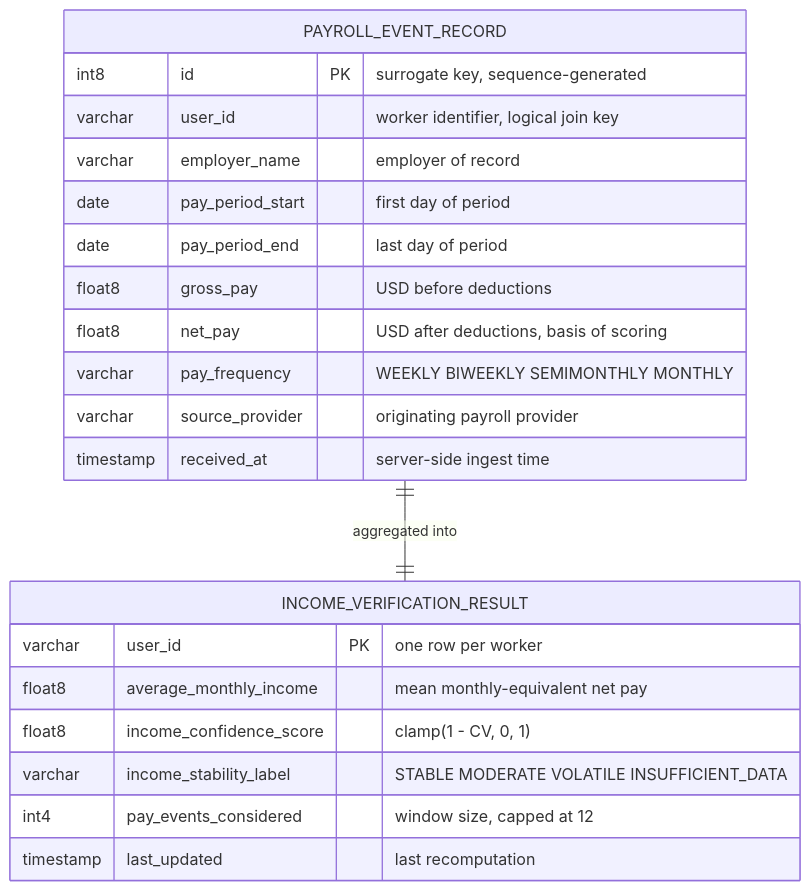
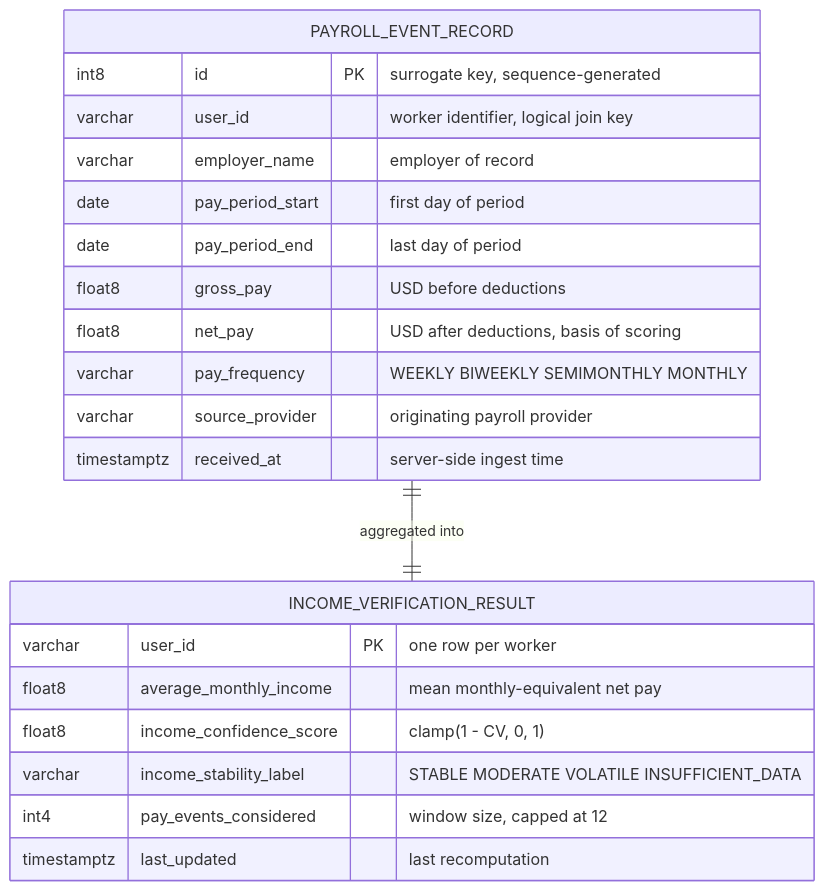
The first of 4 diagrams in docs/data-model/README.md (claytonmota/payroll-credit-mvp), drawn with Mermaid before and after one commit. The commit also changed other lines of this file and 7 other files, not shown here.

First line of the commit message:
docs(data-model): verify against live schema, correct PostgreSQL and MongoDB

````diff
--- a/docs/data-model/README.md
+++ b/docs/data-model/README.md
@@ -57,26 +57,26 @@
 ```mermaid
 erDiagram
     PAYROLL_EVENT_RECORD {
         int8 id PK "surrogate key, sequence-generated"
         varchar user_id "worker identifier, logical join key"
         varchar employer_name "employer of record"
         date pay_period_start "first day of period"
         date pay_period_end "last day of period"
         float8 gross_pay "USD before deductions"
         float8 net_pay "USD after deductions, basis of scoring"
         varchar pay_frequency "WEEKLY BIWEEKLY SEMIMONTHLY MONTHLY"
         varchar source_provider "originating payroll provider"
-        timestamp received_at "server-side ingest time"
+        timestamptz received_at "server-side ingest time"
     }
 
     INCOME_VERIFICATION_RESULT {
         varchar user_id PK "one row per worker"
         float8 average_monthly_income "mean monthly-equivalent net pay"
         float8 income_confidence_score "clamp(1 - CV, 0, 1)"
         varchar income_stability_label "STABLE MODERATE VOLATILE INSUFFICIENT_DATA"
         int4 pay_events_considered "window size, capped at 12"
-        timestamp last_updated "last recomputation"
+        timestamptz last_updated "last recomputation"
     }
 
     PAYROLL_EVENT_RECORD ||--|| INCOME_VERIFICATION_RESULT : "aggregated into"
 ```
````
